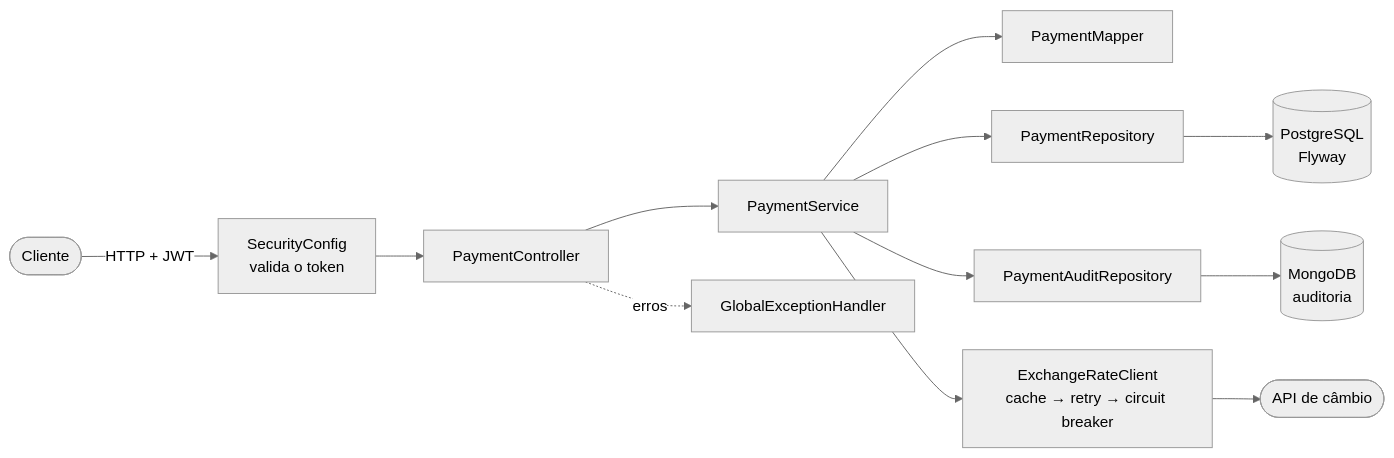
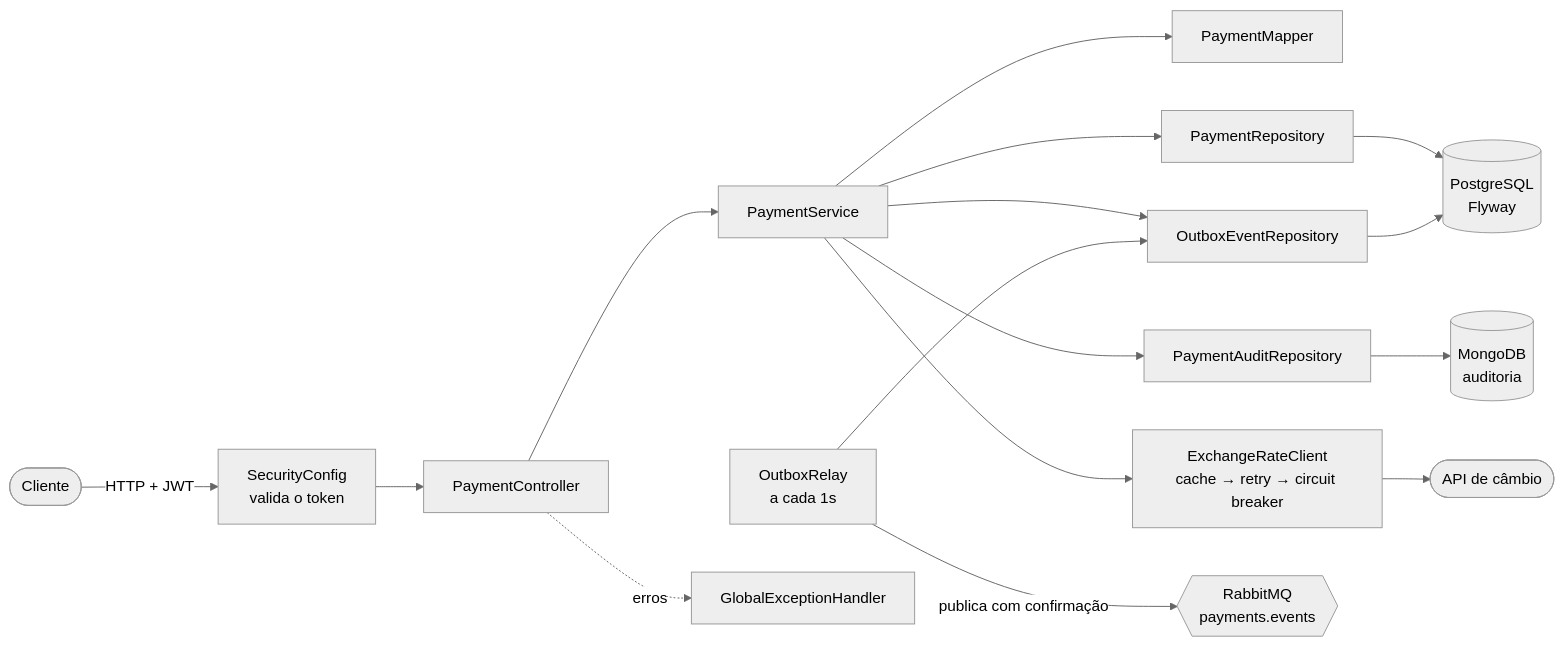
The third of 4 diagrams in README.md (josewilson/Payments-Gerenciamento-de-Pagamentos-Backend), drawn with Mermaid (neutral theme) before and after one commit. The commit also changed other lines of this file and 21 other files, not shown here.

First line of the commit message:
feat(mensageria): evento de status alterado com outbox

````diff
--- a/README.md
+++ b/README.md
@@ -214,14 +237,18 @@
 ```mermaid
 flowchart LR
     Client([Cliente]) -->|HTTP + JWT| Sec[SecurityConfig<br/>valida o token]
     Sec --> Ctrl[PaymentController]
     Ctrl --> Svc[PaymentService]
     Svc --> Map[PaymentMapper]
     Svc --> PRepo[PaymentRepository]
     Svc --> ARepo[PaymentAuditRepository]
     Svc --> FX[ExchangeRateClient<br/>cache → retry → circuit breaker]
     PRepo --> PG[(PostgreSQL<br/>Flyway)]
     ARepo --> MG[(MongoDB<br/>auditoria)]
     FX --> API([API de câmbio])
+    Svc --> OBox[OutboxEventRepository]
+    OBox --> PG
+    Relay[OutboxRelay<br/>a cada 1s] --> OBox
+    Relay -->|publica com confirmação| MQ{{RabbitMQ<br/>payments.events}}
     Ctrl -.erros.-> EH[GlobalExceptionHandler]
 ```
````
